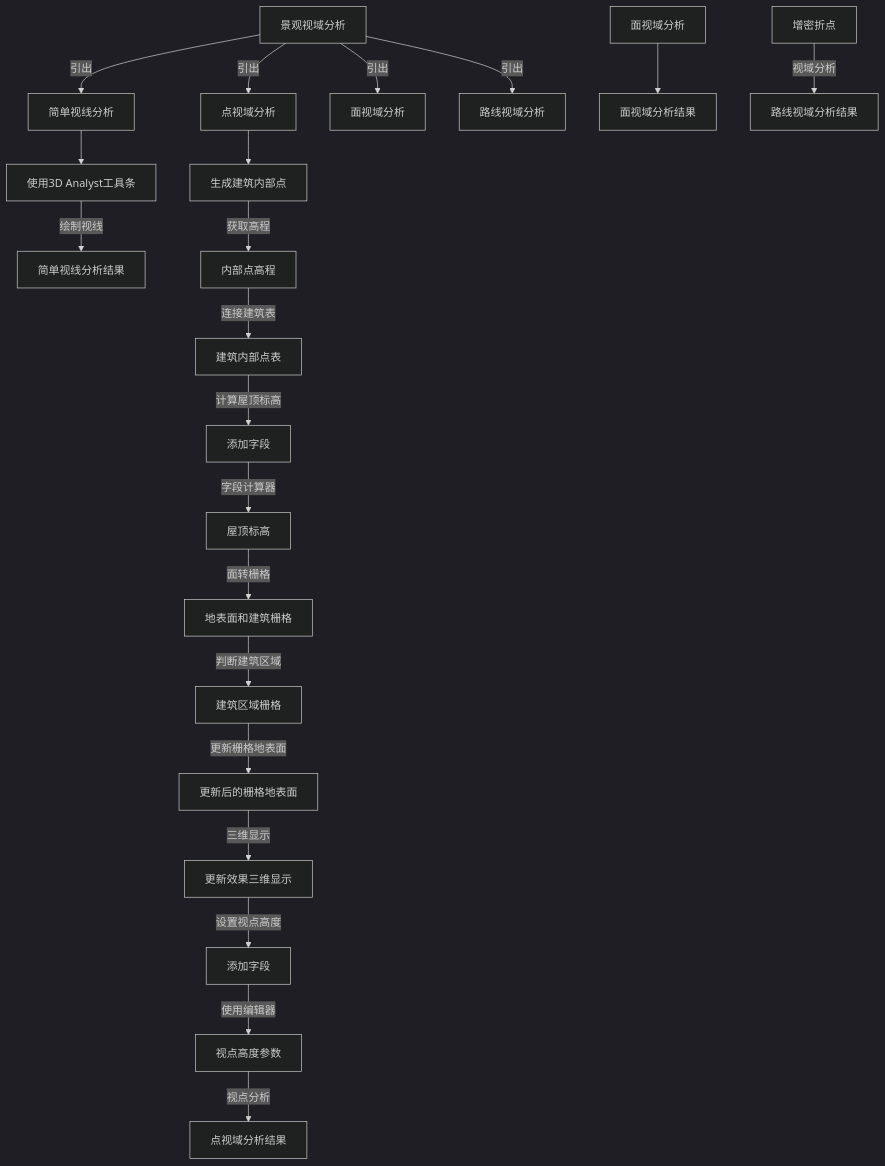
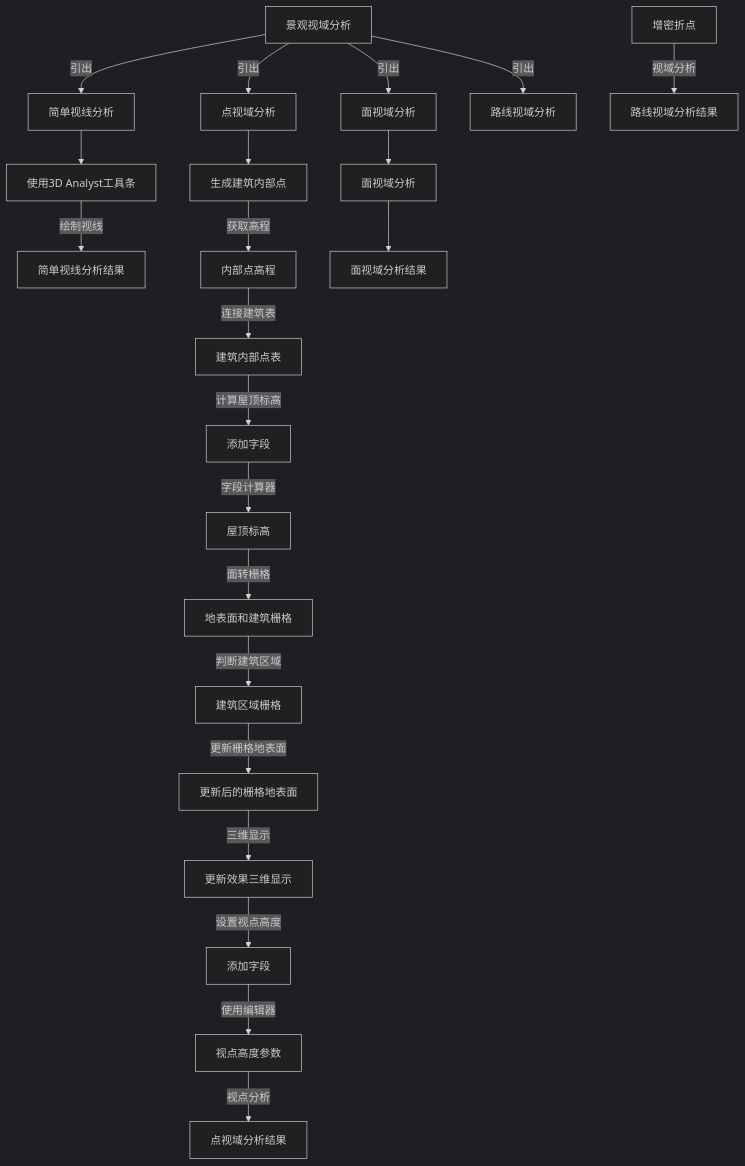
One commit to newguser/iodraw-files changed the diagram in all/未命名.md. Above: the diagram before and after it, drawn with Mermaid (dark theme).

Commit message:
2025-02-27 22:27:53 update

````diff
--- a/all/未命名.md
+++ b/all/未命名.md
@@ -1,28 +1,29 @@
 ```mermaid
 graph TD
     A[景观视域分析] -->|引出| B[简单视线分析]
     A -->|引出| C[点视域分析]
     A -->|引出| D[面视域分析]
     A -->|引出| E[路线视域分析]
 B[简单视线分析]-->B1[使用3D Analyst工具条]
         B1[使用3D Analyst工具条] -->|绘制视线| B2[简单视线分析结果]
 C[点视域分析]-->C1[生成建筑内部点]
-D[面视域分析]
+D[面视域分析]-->D1[面视域分析]
+
 
         C1[生成建筑内部点] -->|获取高程| C2[内部点高程]
         C2 -->|连接建筑表| C3[建筑内部点表]
         C3 -->|计算屋顶标高| C4[添加字段]
         C4 -->|字段计算器| C5[屋顶标高]
         C5 -->|面转栅格| C6[地表面和建筑栅格]
         C6 -->|判断建筑区域| C7[建筑区域栅格]
         C7 -->|更新栅格地表面| C8[更新后的栅格地表面]
         C8 -->|三维显示| C9[更新效果三维显示]
         C9 -->|设置视点高度| C10[添加字段]
         C10 -->|使用编辑器| C11[视点高度参数]
         C11 -->|视点分析| C12[点视域分析结果]
   
         D1[面视域分析] --> D2[面视域分析结果]
 
         E1[增密折点] -->|视域分析| E2[路线视域分析结果]
 
 ```
````
